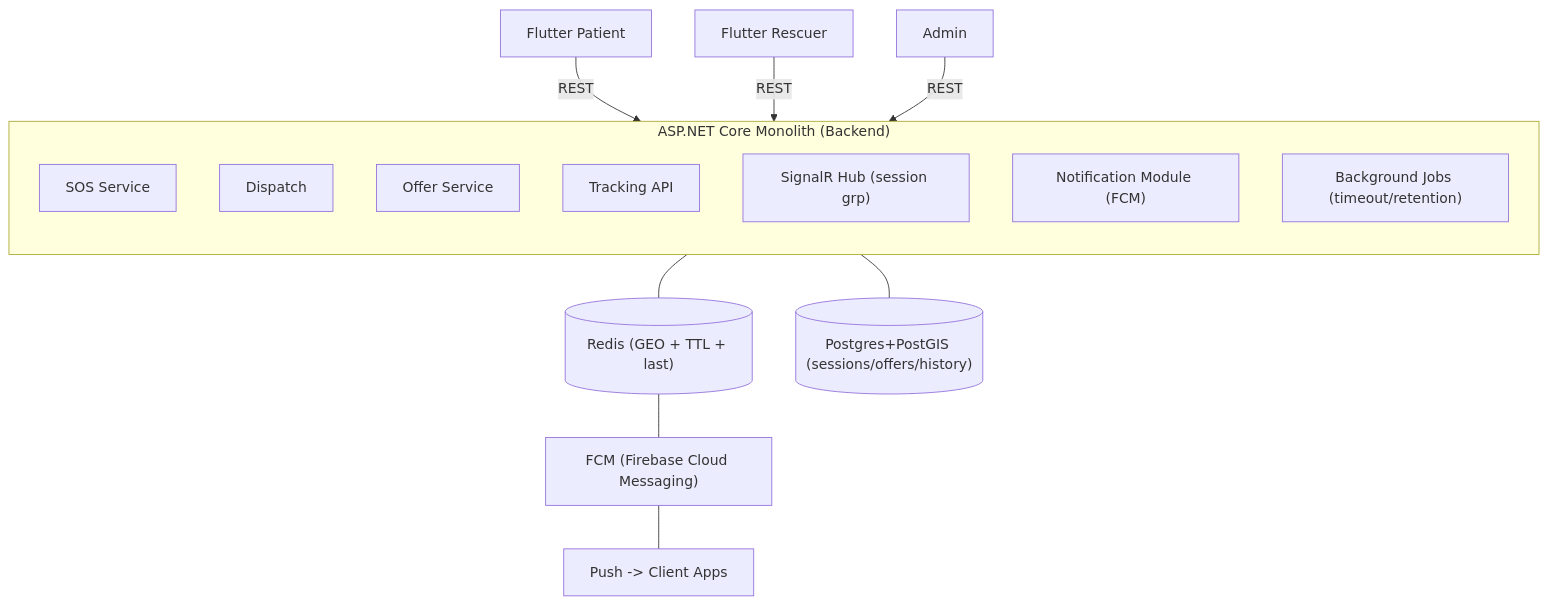
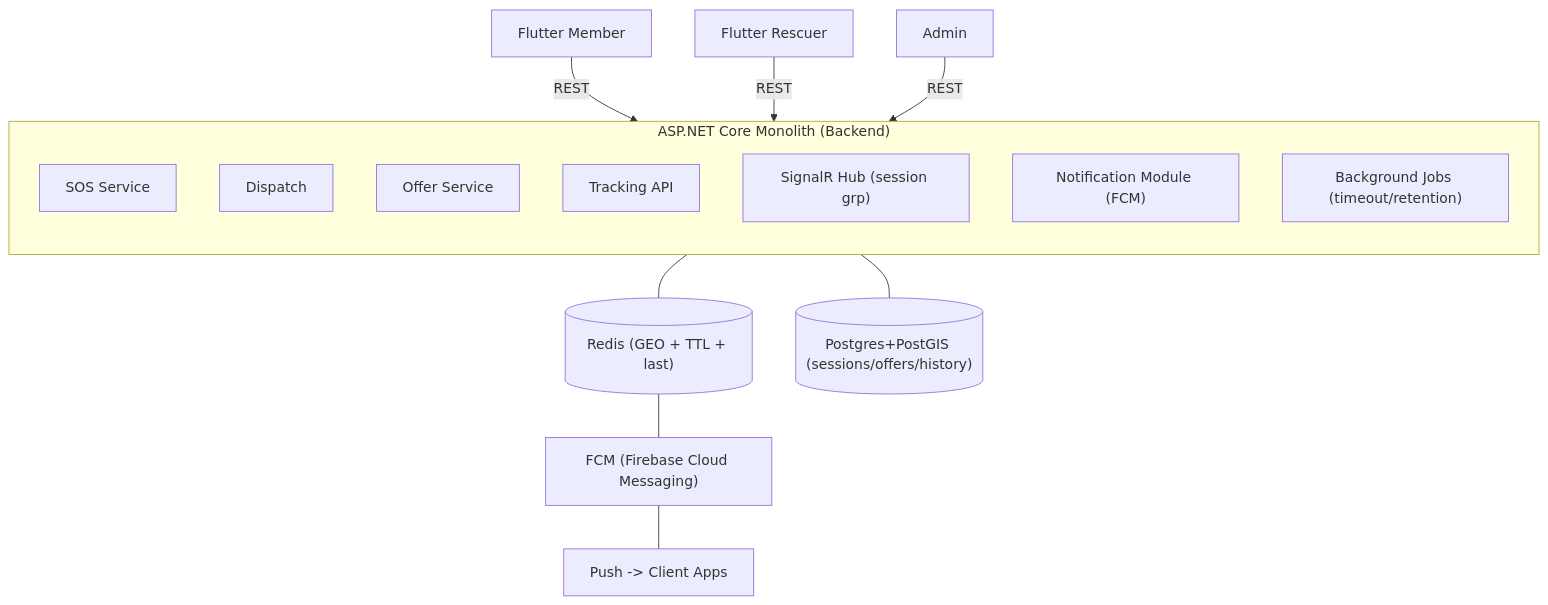
Before and after one commit to Snake-AID/SnakeAid.Docs: the diagram in Docs/01-Functional-Specs/03-TechStack/Live-Tracking/LiveTracking.research.md, drawn with Mermaid. The commit also changed other lines of this file and 5 other files, not shown here.

Commit message:
docs: Update financial model documentation to replace 'Patient' with 'Member' for consistency across payment processes and user roles

````diff
--- a/Docs/01-Functional-Specs/03-TechStack/Live-Tracking/LiveTracking.research.md
+++ b/Docs/01-Functional-Specs/03-TechStack/Live-Tracking/LiveTracking.research.md
@@ -449,31 +449,31 @@
 ```mermaid
 graph TD
-    Patient["Flutter Patient"]
+    Member["Flutter Member"]
     Rescuer["Flutter Rescuer"]
     Admin["Admin"]
 
     subgraph Backend ["ASP.NET Core Monolith (Backend)"]
         direction TB
         SOS["SOS Service"]
         Dispatch["Dispatch"]
         Offer["Offer Service"]
         Tracking["Tracking API"]
         SignalR["SignalR Hub (session grp)"]
         Notification["Notification Module (FCM)"]
         Jobs["Background Jobs (timeout/retention)"]
     end
 
     Redis[("Redis (GEO + TTL + last)")]
     Postgres[("Postgres+PostGIS (sessions/offers/history)")]
     FCM["FCM (Firebase Cloud Messaging)"]
     ClientApps["Push -> Client Apps"]
 
-    Patient -- REST --> Backend
+    Member -- REST --> Backend
     Rescuer -- REST --> Backend
     Admin -- REST --> Backend
 
     Backend --- Redis
     Backend --- Postgres
     Redis --- FCM
     FCM --- ClientApps
 ```
````
